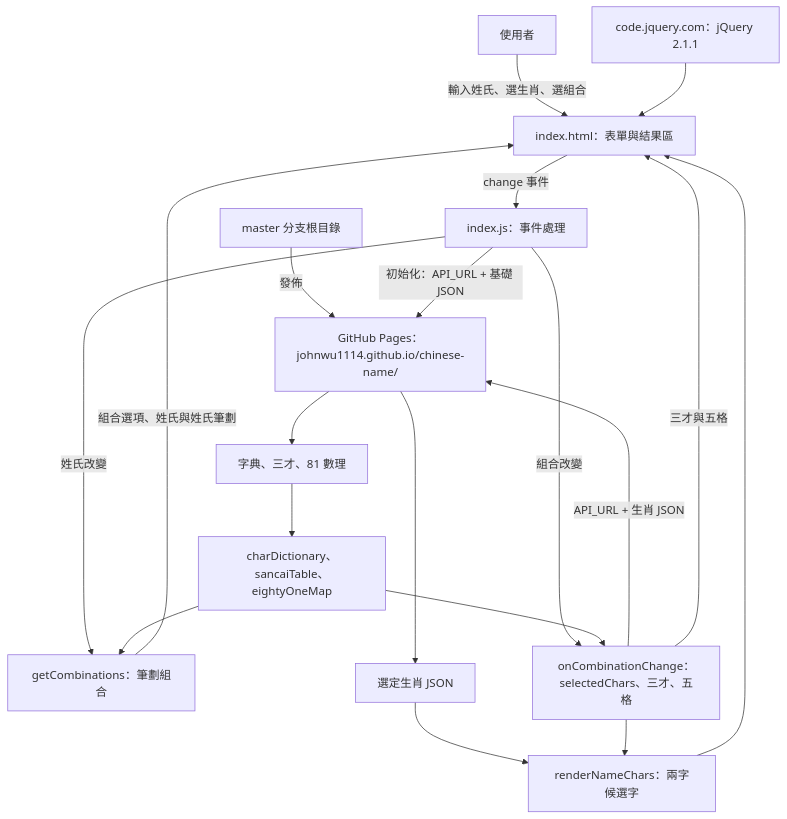
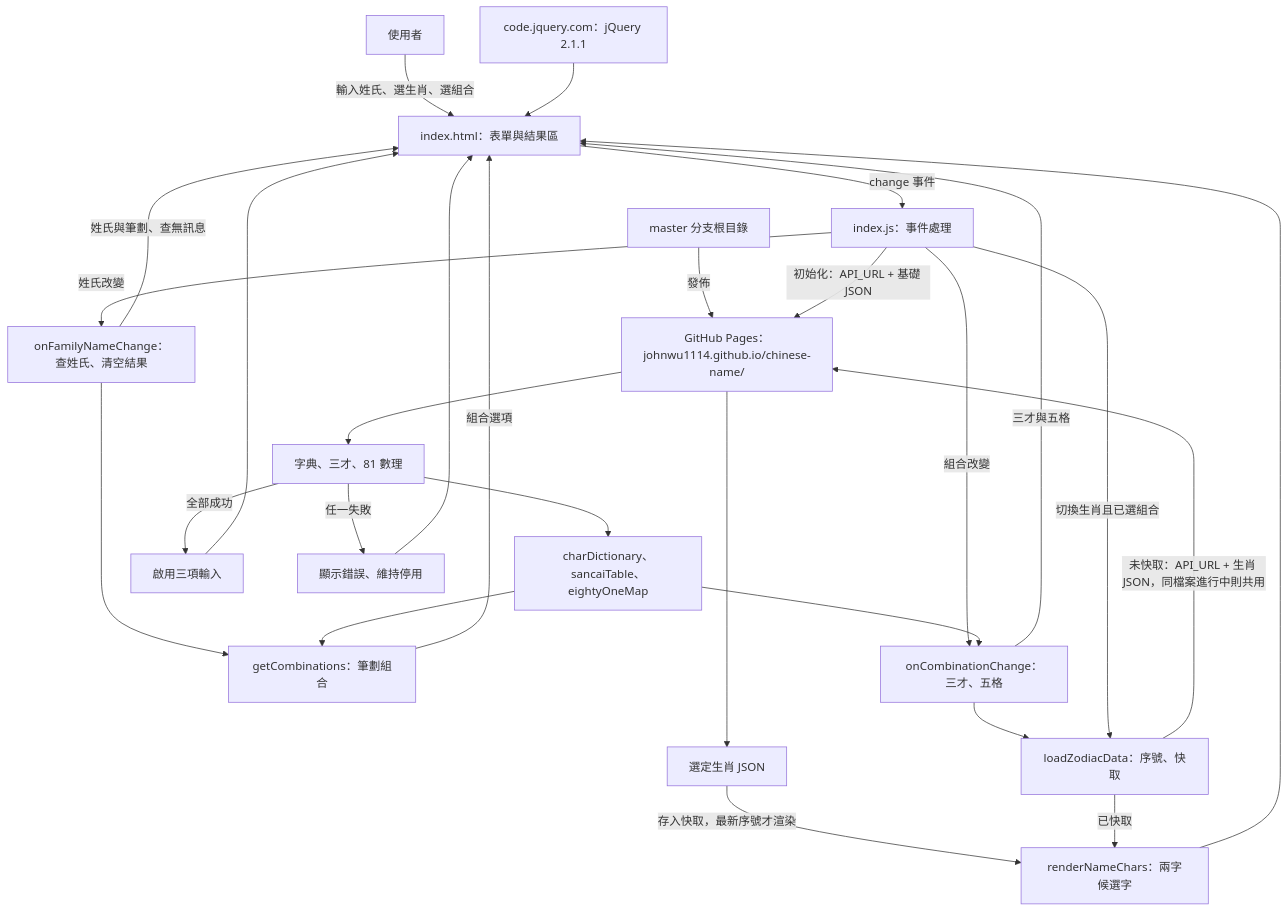
One commit to johnwu1114/chinese-name changed the diagram in docs/architecture.md. Above: the diagram before and after it, drawn with Mermaid. The commit also changed other lines of this file and 5 other files, not shown here.

````diff
--- a/docs/architecture.md
+++ b/docs/architecture.md
@@ -35,21 +39,29 @@
 ```mermaid
 flowchart TD
     user["使用者"] -->|"輸入姓氏、選生肖、選組合"| html["index.html：表單與結果區"]
     cdn["code.jquery.com：jQuery 2.1.1"] --> html
     html -->|"change 事件"| js["index.js：事件處理"]
     master["master 分支根目錄"] -->|"發佈"| remote["GitHub Pages：johnwu1114.github.io/chinese-name/"]
     js -->|"初始化：API_URL + 基礎 JSON"| remote
     remote --> base["字典、三才、81 數理"]
     base --> state["charDictionary、sancaiTable、eightyOneMap"]
-    js -->|"姓氏改變"| calc["getCombinations：筆劃組合"]
+    base -->|"全部成功"| ready["啟用三項輸入"]
+    ready --> html
+    base -->|"任一失敗"| error["顯示錯誤、維持停用"]
+    error --> html
+    js -->|"姓氏改變"| family["onFamilyNameChange：查姓氏、清空結果"]
+    family --> calc["getCombinations：筆劃組合"]
     state --> calc
-    calc -->|"組合選項、姓氏與姓氏筆劃"| html
-    js -->|"組合改變"| combo["onCombinationChange：selectedChars、三才、五格"]
+    family -->|"姓氏與筆劃、查無訊息"| html
+    calc -->|"組合選項"| html
+    js -->|"組合改變"| combo["onCombinationChange：三才、五格"]
     state --> combo
-    combo -->|"API_URL + 生肖 JSON"| remote
+    combo --> loader["loadZodiacData：序號、快取"]
+    js -->|"切換生肖且已選組合"| loader
+    loader -->|"未快取：API_URL + 生肖 JSON，同檔案進行中則共用"| remote
     remote --> zodiac["選定生肖 JSON"]
-    zodiac --> render["renderNameChars：兩字候選字"]
-    combo --> render
+    zodiac -->|"存入快取，最新序號才渲染"| render["renderNameChars：兩字候選字"]
+    loader -->|"已快取"| render
     combo -->|"三才與五格"| html
     render --> html
 ```
````
